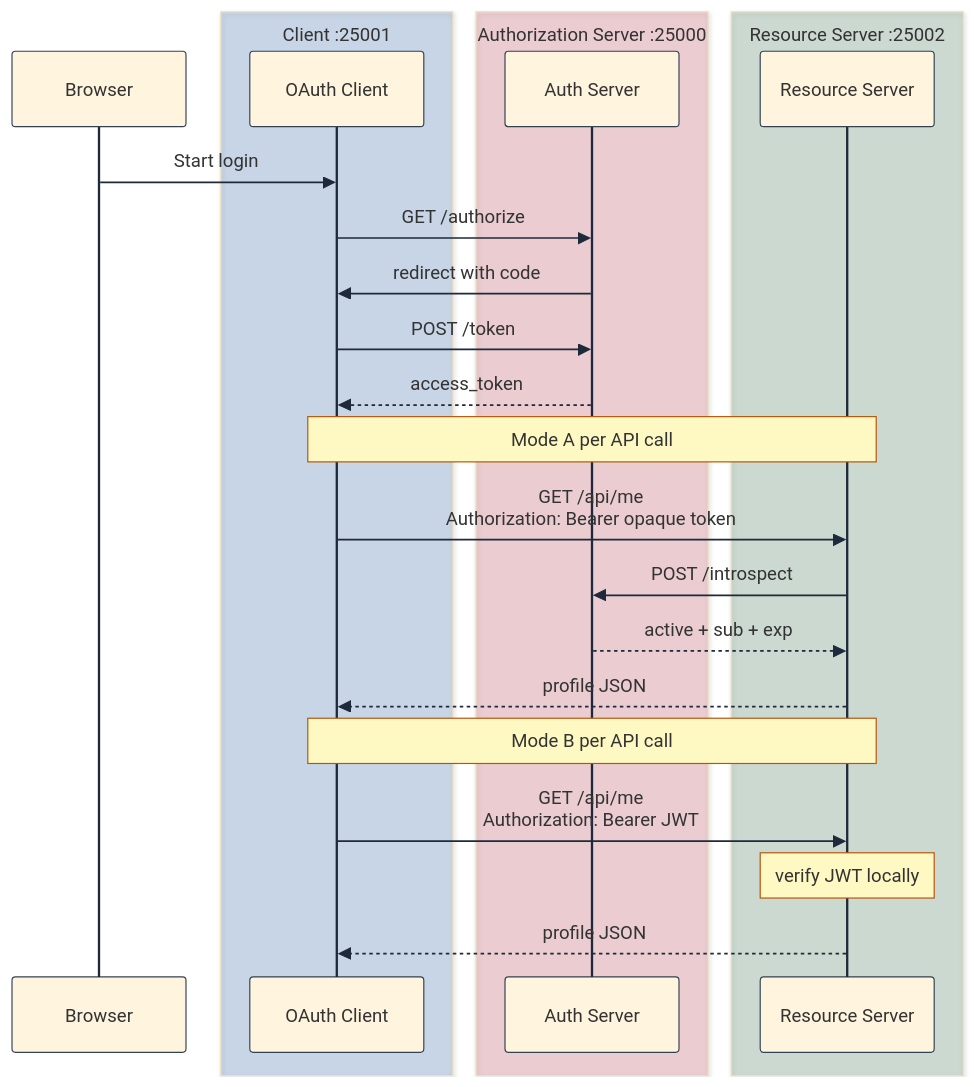
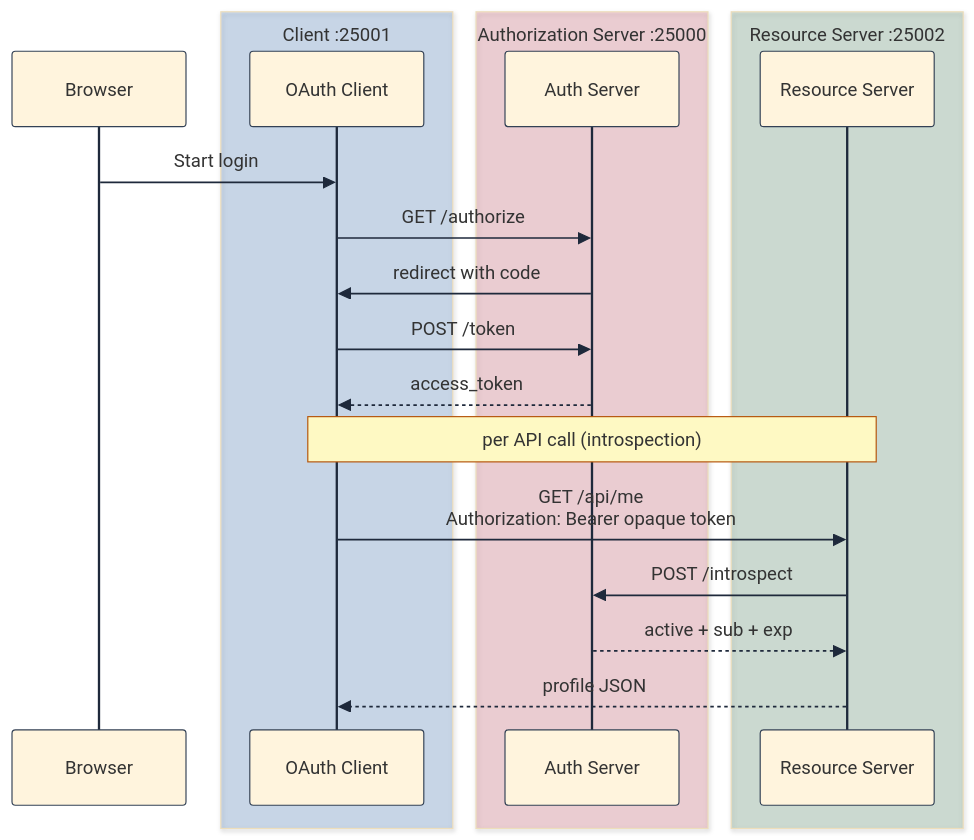
One commit to sauvikbiswas/sauvikbiswas.com changed the diagram in content/posts/learning-oauth-2-06/index.md. Above: the diagram before and after it, drawn with Mermaid. The commit also changed other lines of this file and 5 other files, not shown here.

````diff
--- a/content/posts/learning-oauth-2-06/index.md
+++ b/content/posts/learning-oauth-2-06/index.md
@@ -45,38 +45,33 @@
 ```mermaid
 %%{init: {'theme': 'base', 'themeVariables': {
   'actorLineColor': '#1e293b',
   'actorBorder': '#334155',
   'signalColor': '#1e293b',
   'lineColor': '#1e293b',
   'noteBorderColor': '#b45309',
   'noteBkgColor': '#fef9c3'
 }}}%%
 sequenceDiagram
     participant Browser as Browser
     box rgba(5,80,174,0.18) Client :25001
         participant ClientApp as OAuth Client
     end
     box rgba(196,30,58,0.18) Authorization Server :25000
         participant AuthServer as Auth Server
     end
     box rgba(22,101,52,0.18) Resource Server :25002
         participant ResourceServer as Resource Server
     end
 
     Browser->>ClientApp: Start login
     ClientApp->>AuthServer: GET /authorize
     AuthServer->>ClientApp: redirect with code
     ClientApp->>AuthServer: POST /token
     AuthServer-->>ClientApp: access_token
 
-    Note over ClientApp,ResourceServer: Mode A per API call
+    Note over ClientApp,ResourceServer: per API call (introspection)
     ClientApp->>ResourceServer: GET /api/me<br/>Authorization: Bearer opaque token
     ResourceServer->>AuthServer: POST /introspect
     AuthServer-->>ResourceServer: active + sub + exp
     ResourceServer-->>ClientApp: profile JSON
-
-    Note over ClientApp,ResourceServer: Mode B per API call
-    ClientApp->>ResourceServer: GET /api/me<br/>Authorization: Bearer JWT
-    Note over ResourceServer: verify JWT locally
-    ResourceServer-->>ClientApp: profile JSON
 ```
````
